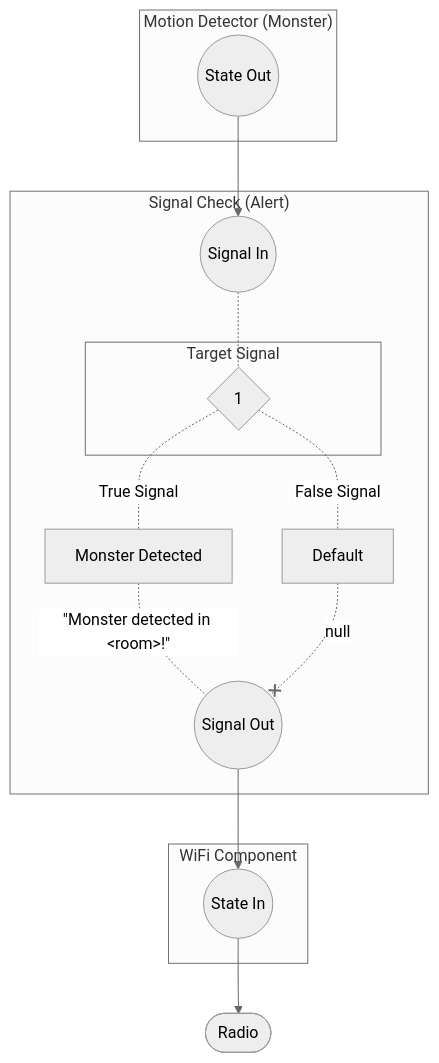
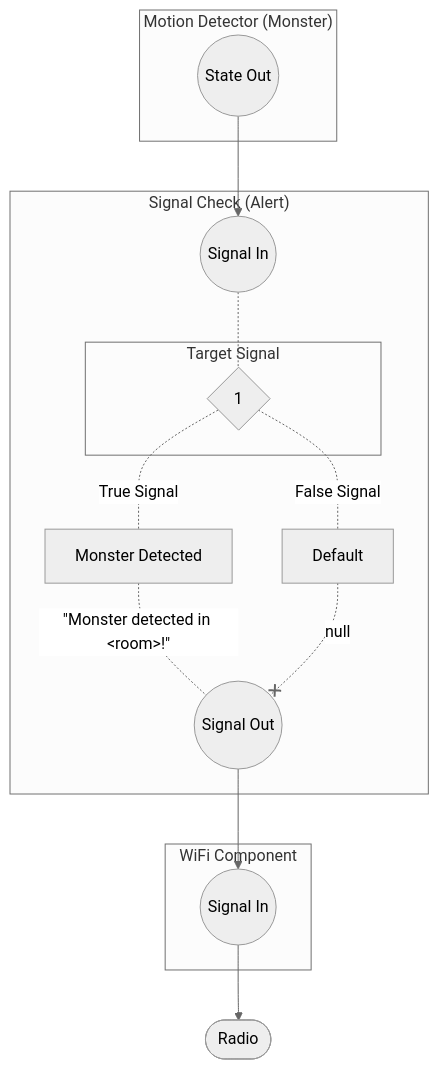
The first of 3 diagrams in security/monster-detection/README.md (super-cooper/uss-meme), drawn with Mermaid (neutral theme) before and after one commit. The commit also changed other lines of this file, not shown here.

Commit message:
Correct name of WiFi component pin

````diff
--- a/security/monster-detection/README.md
+++ b/security/monster-detection/README.md
@@ -19,31 +19,31 @@
 ```mermaid
 flowchart
     subgraph "Motion Detector (Monster)"
     motionout((State Out))
     end
     
     subgraph WiFi Component
-    wifiin((State In))
+    wifiin((Signal In))
     end
     
     subgraph "Signal Check (Alert)"
     subgraph Target Signal
     targetalert{1}
     end
     truesignalalert[Monster Detected]
     falsesignalalert[Default]
     signalinalert((Signal In))
     signaloutalert((Signal Out))
     end
     
     radio([Radio])
     
     motionout-->signalinalert
     signalinalert-.-targetalert
     targetalert-.True Signal.-truesignalalert
     targetalert-.False Signal.-falsesignalalert
     truesignalalert-."#quot;Monster detected in #60;room#62;!#quot;".-signaloutalert
     falsesignalalert-.null.-xsignaloutalert
     signaloutalert-->wifiin
     wifiin-->radio
 ```
````
